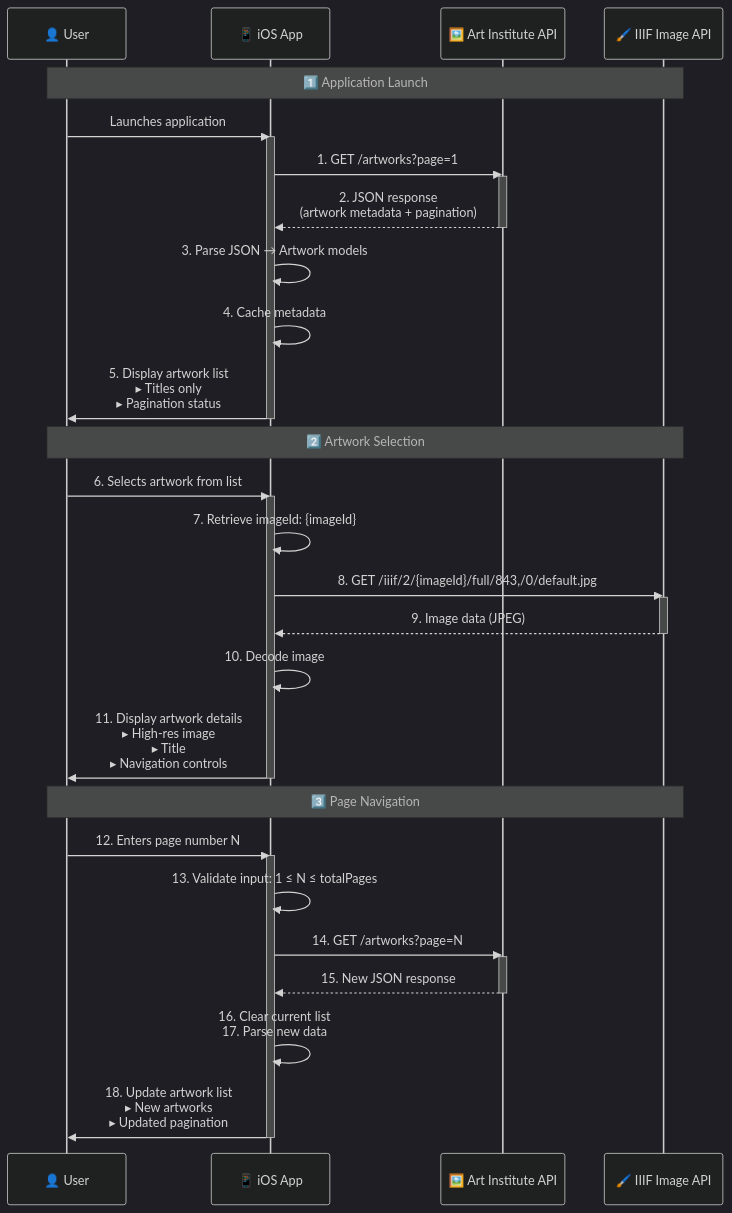
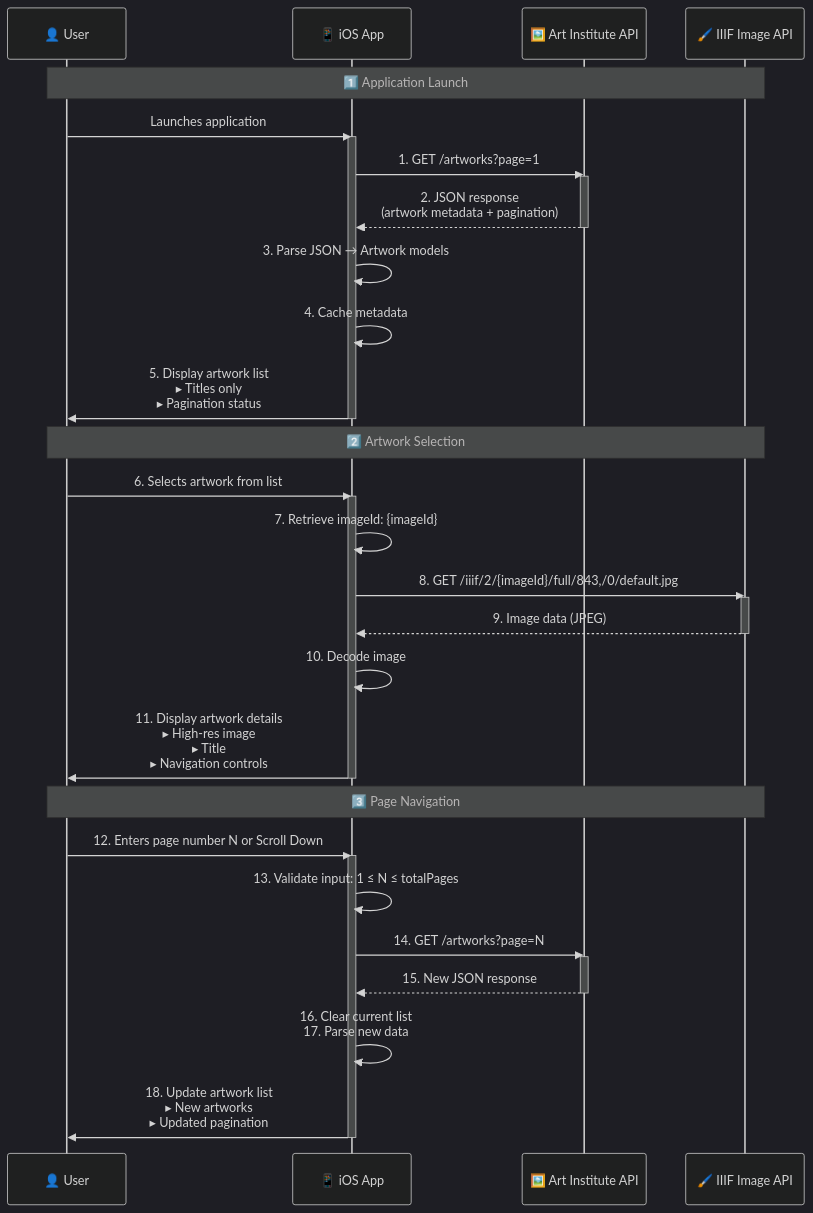
One commit to AleksandrVinnik/Art-Institute-of-Chicago changed the first of 3 diagrams in README.md. Above: the diagram before and after it, drawn with Mermaid (dark theme). The commit also changed other lines of this file, not shown here.

````diff
--- a/README.md
+++ b/README.md
@@ -28,46 +28,46 @@
 ```mermaid
 sequenceDiagram
     participant User as 👤 User
     participant App as 📱 iOS App
     participant API as 🖼️ Art Institute API
     participant IIIF as 🖌️ IIIF Image API
     
     Note over User,IIIF: 1️⃣ Application Launch
     User->>App: Launches application
     activate App
     App->>API: 1. GET /artworks?page=1
     activate API
     API-->>App: 2. JSON response<br>(artwork metadata + pagination)
     deactivate API
     
     App->>App: 3. Parse JSON → Artwork models
     App->>App: 4. Cache metadata
     App->>User: 5. Display artwork list<br>▸ Titles only<br>▸ Pagination status
     deactivate App
     
     Note over User,IIIF: 2️⃣ Artwork Selection
     User->>App: 6. Selects artwork from list
     activate App
     App->>App: 7. Retrieve imageId: {imageId}
     App->>IIIF: 8. GET /iiif/2/{imageId}/full/843,/0/default.jpg
     activate IIIF
     IIIF-->>App: 9. Image data (JPEG)
     deactivate IIIF
     
     App->>App: 10. Decode image
     App->>User: 11. Display artwork details<br>▸ High-res image<br>▸ Title<br>▸ Navigation controls
     deactivate App
     
     Note over User,IIIF: 3️⃣ Page Navigation
-    User->>App: 12. Enters page number N
+    User->>App: 12. Enters page number N or Scroll Down
     activate App
     App->>App: 13. Validate input: 1 ≤ N ≤ totalPages
     App->>API: 14. GET /artworks?page=N
     activate API
     API-->>App: 15. New JSON response
     deactivate API
     
     App->>App: 16. Clear current list<br>17. Parse new data
     App->>User: 18. Update artwork list<br>▸ New artworks<br>▸ Updated pagination
     deactivate App
 ```
````
